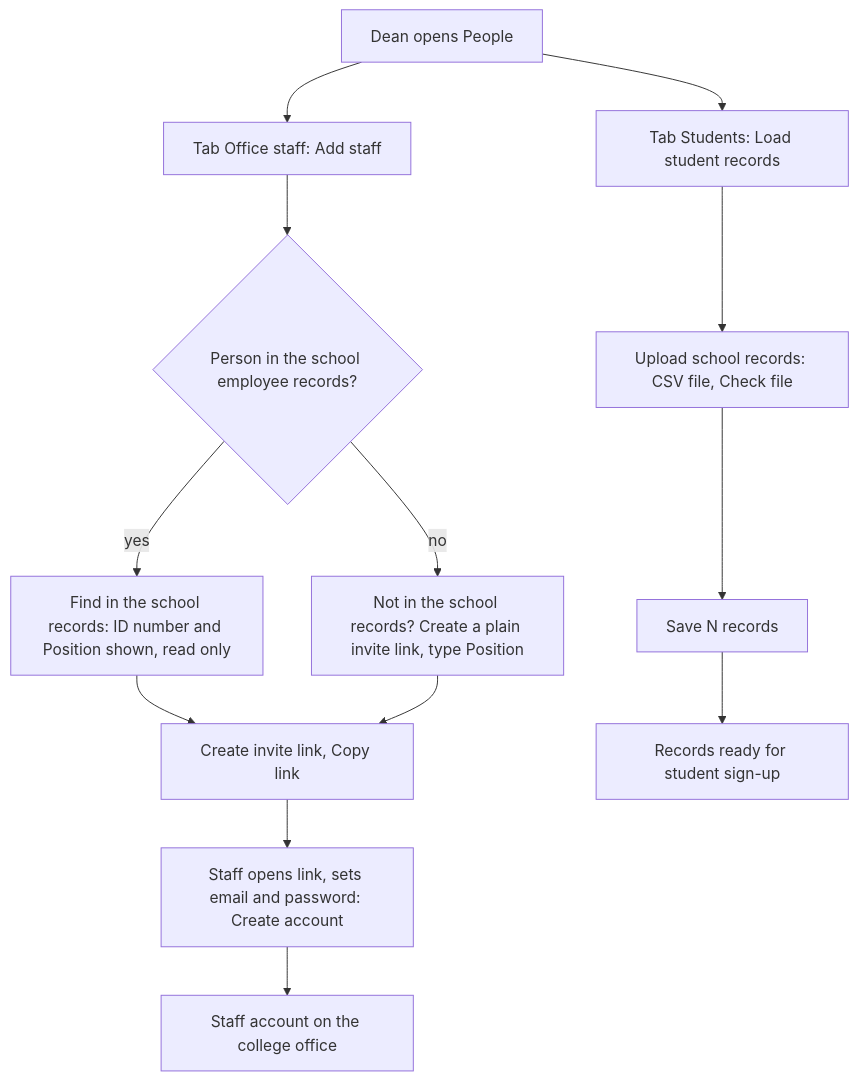
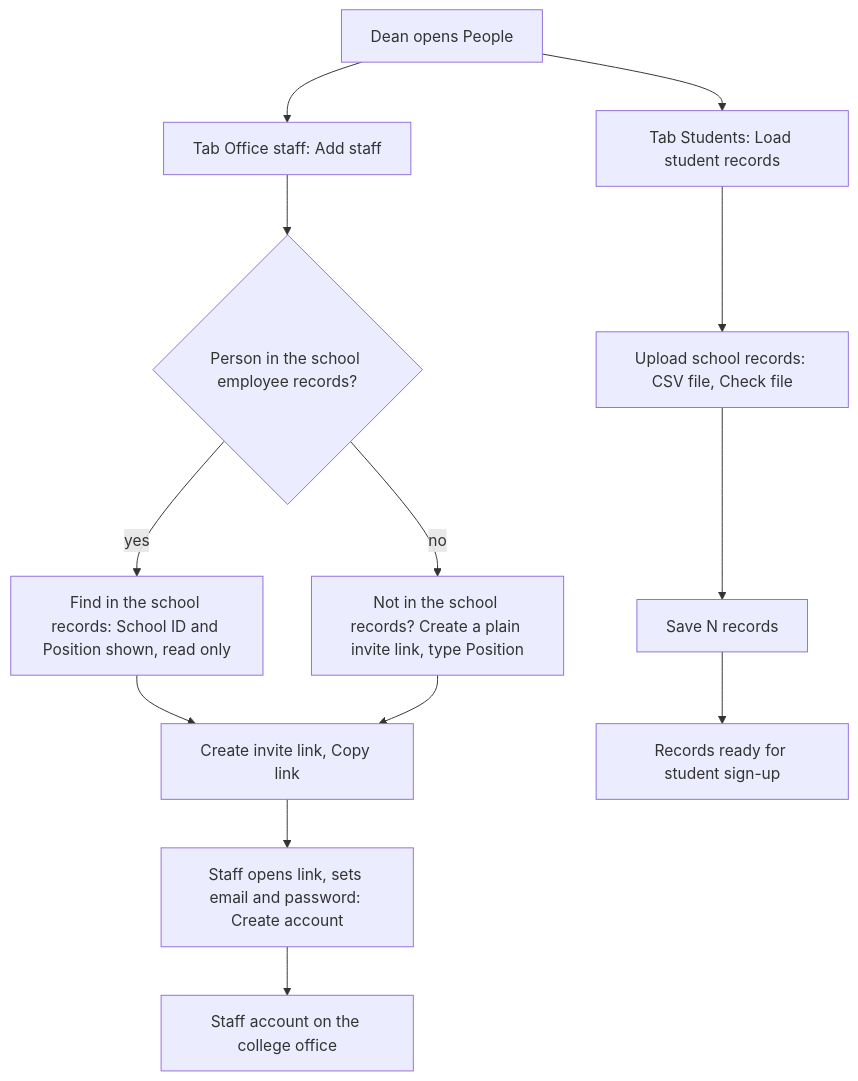
Before and after one commit to prodoc-zen/Hiusa-FULL: the third of 11 diagrams in docs/PROCESS_FLOW.md, drawn with Mermaid. The commit also changed other lines of this file and 6 other files, not shown here.

Commit message:
fix: the Add office staff dialog labels the record number School ID, the same word the acceptance page uses

````diff
--- a/docs/PROCESS_FLOW.md
+++ b/docs/PROCESS_FLOW.md
@@ -128,15 +128,15 @@
 ```mermaid
 flowchart TD
     A["Dean opens People"] --> B["Tab Office staff: Add staff"]
     B --> C{"Person in the school employee records?"}
-    C -->|"yes"| D["Find in the school records: ID number and Position shown, read only"]
+    C -->|"yes"| D["Find in the school records: School ID and Position shown, read only"]
     C -->|"no"| E["Not in the school records? Create a plain invite link, type Position"]
     D --> F["Create invite link, Copy link"]
     E --> F
     F --> G["Staff opens link, sets email and password: Create account"]
     G --> H["Staff account on the college office"]
     A --> I["Tab Students: Load student records"]
     I --> J["Upload school records: CSV file, Check file"]
     J --> K["Save N records"]
     K --> L["Records ready for student sign-up"]
 ```
````
